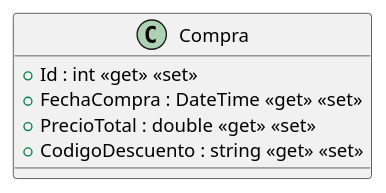
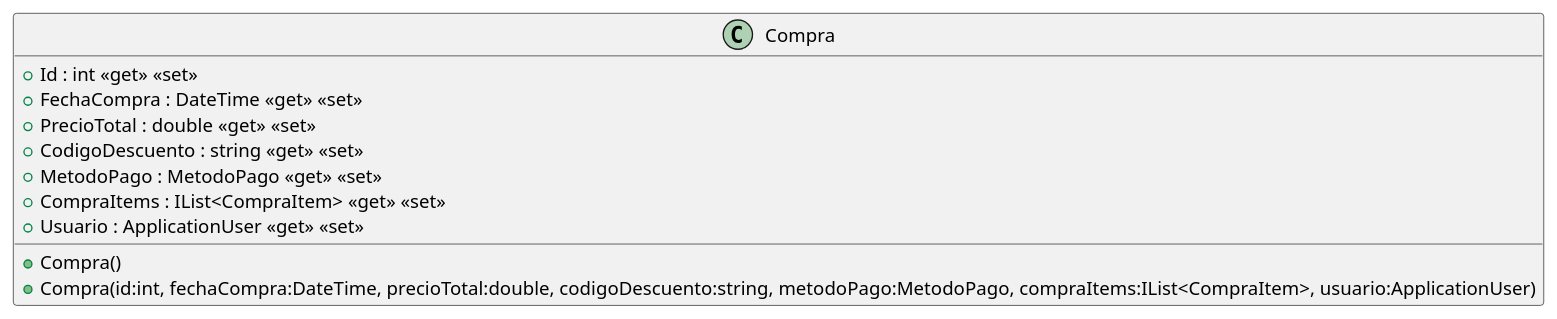
The diagram in src/AppForSEII.API/ClassDiagram/Compra.puml (ISII2627SoftwareEngineers/ISII2627SoftwareEngineers), drawn with PlantUML before and after one commit. The commit also changed 13 other files, not shown here.

Commit message:
Actualizados los diagramas de clases y el diagrama del caso de uso 4 ResenarLibros

```diff
--- a/src/AppForSEII.API/ClassDiagram/Compra.puml
+++ b/src/AppForSEII.API/ClassDiagram/Compra.puml
@@ -1,8 +1,13 @@
 @startuml
 class Compra {
+    + Compra()
+    + Compra(id:int, fechaCompra:DateTime, precioTotal:double, codigoDescuento:string, metodoPago:MetodoPago, compraItems:IList<CompraItem>, usuario:ApplicationUser)
     + Id : int <<get>> <<set>>
     + FechaCompra : DateTime <<get>> <<set>>
     + PrecioTotal : double <<get>> <<set>>
     + CodigoDescuento : string <<get>> <<set>>
+    + MetodoPago : MetodoPago <<get>> <<set>>
+    + CompraItems : IList<CompraItem> <<get>> <<set>>
+    + Usuario : ApplicationUser <<get>> <<set>>
 }
 @enduml
```
